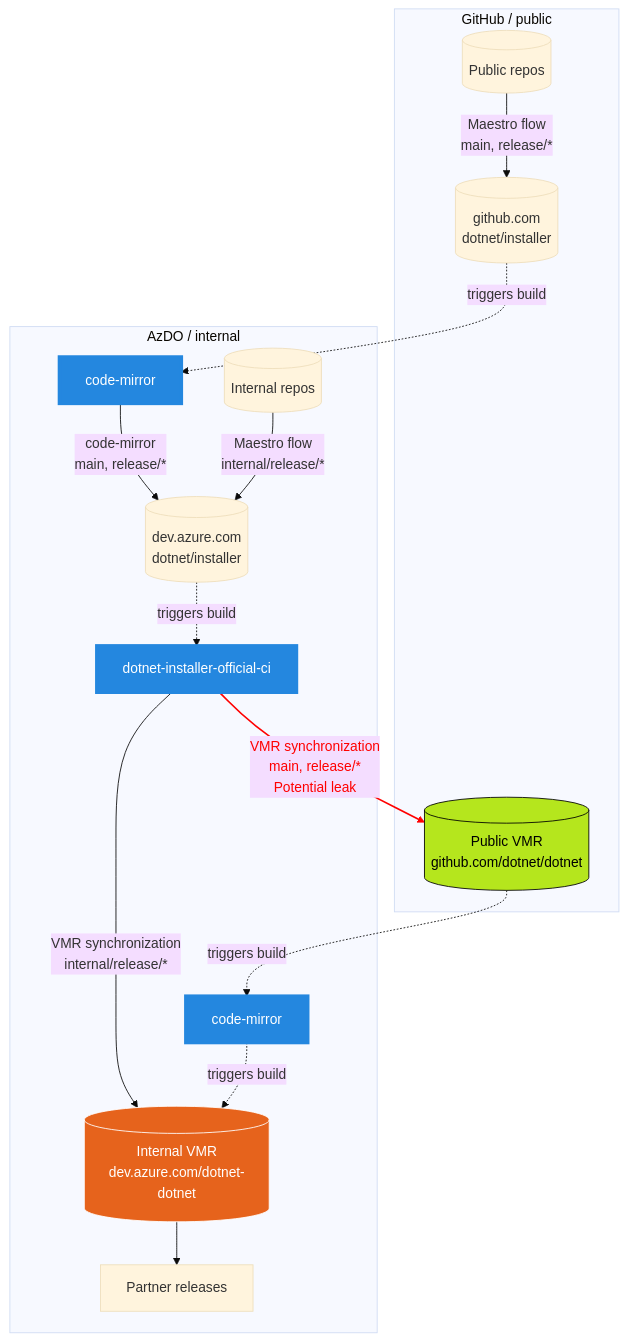
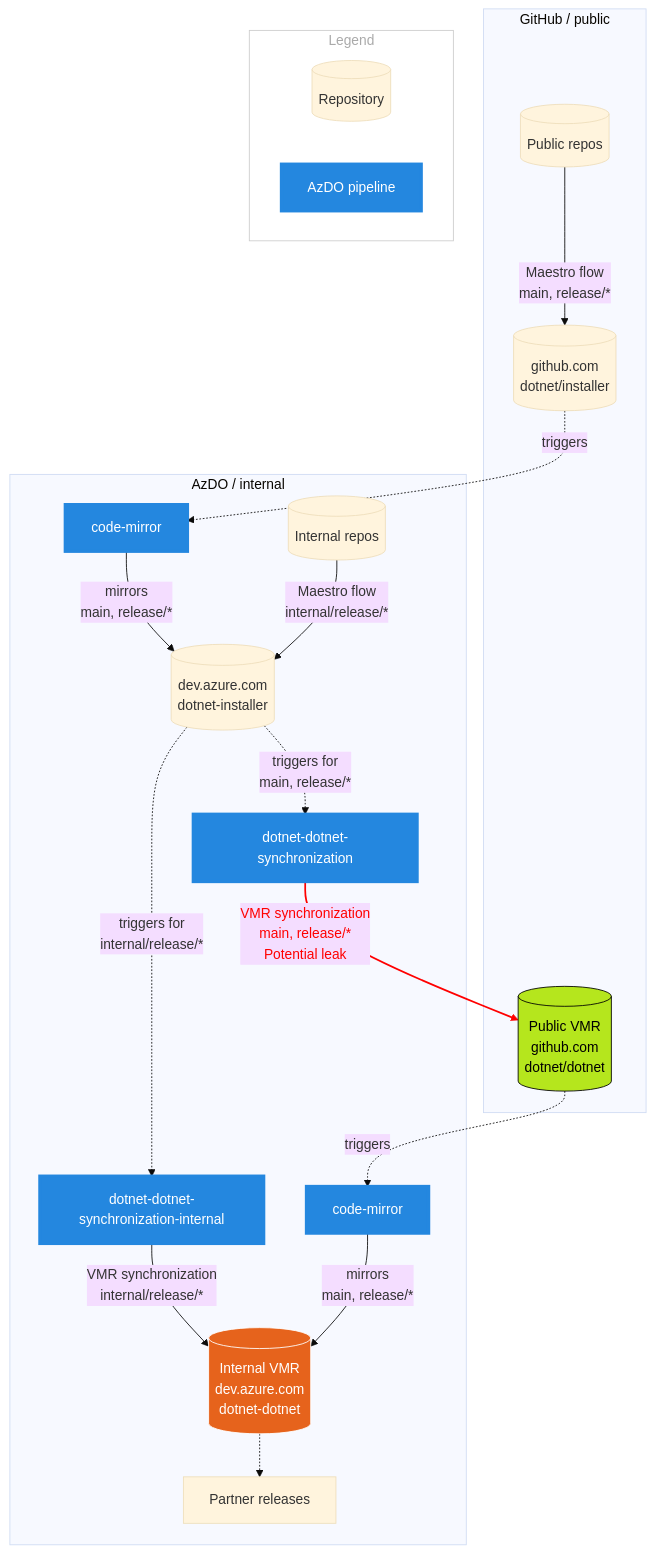
One commit to dotnet/arcade changed the fifth of 5 diagrams in Documentation/UnifiedBuild/VMR-Code-And-Build-Workflow.md. Above: the diagram before and after it, drawn with Mermaid (base theme). The commit also changed other lines of this file, not shown here.

Commit message:
Update the VMR internal code flow diagram

````diff
--- a/Documentation/UnifiedBuild/VMR-Code-And-Build-Workflow.md
+++ b/Documentation/UnifiedBuild/VMR-Code-And-Build-Workflow.md
@@ -209,39 +209,49 @@
 ```mermaid
 flowchart TD
+
     subgraph GitHub / public
         PublicRepos[(Public repos)]
         PublicInstaller[(github.com\ndotnet/installer)]
-        PublicVMR[(Public VMR\ngithub.com/dotnet/dotnet)]
+        PublicVMR[(Public VMR\ngithub.com\ndotnet/dotnet)]
         PublicRepos-- Maestro flow\nmain, release/* -->PublicInstaller
     end
 
-    PublicInstaller-.triggers build.->CodeMirror
-    PublicVMR-.triggers build.->CodeMirror2
+    subgraph Legend
+        LegendRepo[(Repository)]
+        LegendPipeline[AzDO pipeline]
+    end
+
+    PublicInstaller-.triggers.->CodeMirror
+    PublicVMR-.triggers.->CodeMirror2
 
     subgraph AzDO / internal
         InternalRepos[(Internal repos)]
-        InternalInstaller[(dev.azure.com\ndotnet/installer)]
-        InternalVMR[(Internal VMR\ndev.azure.com/dotnet-dotnet)]
+        InternalInstaller[(dev.azure.com\ndotnet-installer)]
+        InternalVMR[(Internal VMR\ndev.azure.com\ndotnet-dotnet)]
         CodeMirror[code-mirror]
         CodeMirror2[code-mirror]
-        InstallerBuild[dotnet-installer-official-ci]
+        VmrSync[dotnet-dotnet-synchronization]
+        VmrSyncInternal[dotnet-dotnet-synchronization-internal]
         Releases[Partner releases]
 
-        CodeMirror-- code-mirror\nmain, release/* -->InternalInstaller
+        CodeMirror-- mirrors\nmain, release/* -->InternalInstaller
         InternalRepos-- Maestro flow\ninternal/release/* -->InternalInstaller
-        InternalInstaller-.triggers build.->InstallerBuild
-        InstallerBuild-- VMR synchronization\ninternal/release/* -->InternalVMR
-        InstallerBuild-- VMR synchronization\nmain, release/*\nPotential leak -->PublicVMR
-        CodeMirror2-.triggers build.->InternalVMR
-        InternalVMR-->Releases
+        InternalInstaller-.triggers for\nmain, release/*.->VmrSync
+        InternalInstaller-.triggers for\ninternal/release/*.->VmrSyncInternal
+        VmrSyncInternal-- VMR synchronization\ninternal/release/* -->InternalVMR
+        VmrSync-- VMR synchronization\nmain, release/*\nPotential leak -->PublicVMR
+        CodeMirror2-- mirrors\nmain, release/* -->InternalVMR
+        InternalVMR-.->Releases
     end
 
-    class CodeMirror,CodeMirror2,InstallerBuild Build;
+    class CodeMirror,CodeMirror2,VmrSync,VmrSyncInternal,LegendPipeline Build;
     class PublicVMR PublicVMR_;
     class InternalVMR InternalVMR_;
+    class Legend LegendStyle;
 
     classDef Build fill:#2487DF,stroke:#2487DF,stroke-width:4px,color:#fff;
     classDef PublicVMR_ fill:#B5E61D,stroke:#000,color:#000;
     classDef InternalVMR_ fill:#E6631C,stroke:#fff,color:#fff;
-    linkStyle 7 stroke-width:2px,fill:none,stroke:red,color:red;
+    classDef LegendStyle fill:#fff,stroke:#ccc,color:#aaa;
+    linkStyle 8 stroke-width:2px,fill:none,stroke:red,color:red;
 ```
````
